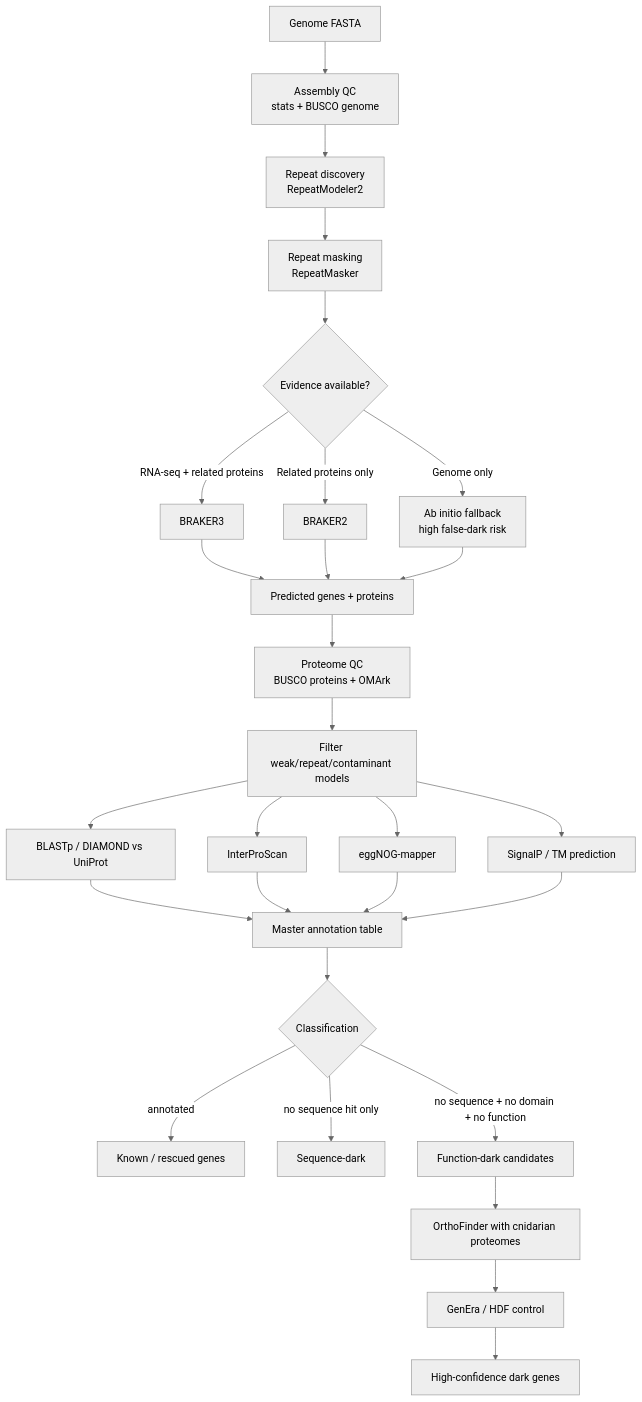
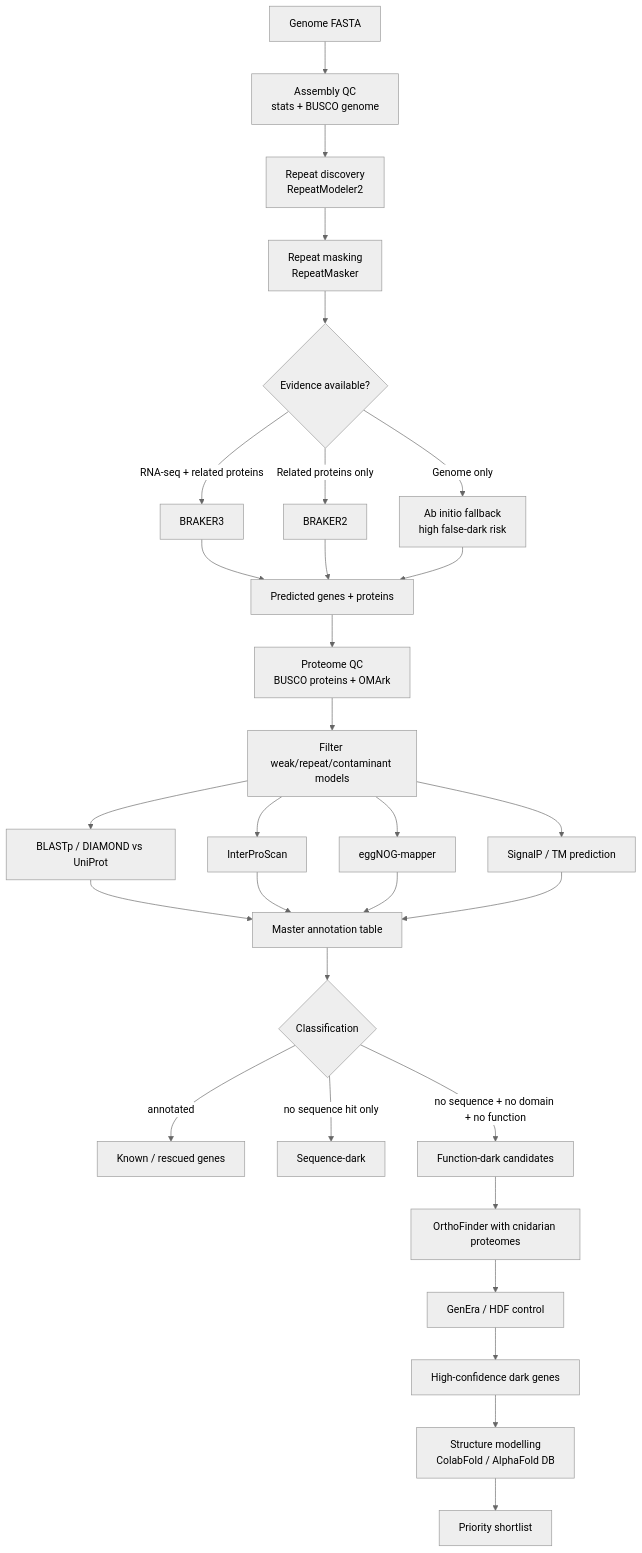
One commit to HamishGWilliams/project_dark_genes changed the diagram in README.md. Above: the diagram before and after it, drawn with Mermaid (neutral theme).

Commit message:
Correct README formatting and add newline
Fix formatting and add missing newline at end of file.

````diff
--- a/README.md
+++ b/README.md
@@ -4,37 +4,40 @@
 ```mermaid
 flowchart TD
     A[Genome FASTA] --> B[Assembly QC<br/>stats + BUSCO genome]
     B --> C[Repeat discovery<br/>RepeatModeler2]
     C --> D[Repeat masking<br/>RepeatMasker]
     D --> E{Evidence available?}
 
     E -->|RNA-seq + related proteins| F[BRAKER3]
     E -->|Related proteins only| G[BRAKER2]
     E -->|Genome only| H[Ab initio fallback<br/>high false-dark risk]
 
     F --> I[Predicted genes + proteins]
     G --> I
     H --> I
 
     I --> J[Proteome QC<br/>BUSCO proteins + OMArk]
     J --> K[Filter weak/repeat/contaminant models]
 
     K --> L[BLASTp / DIAMOND vs UniProt]
     K --> M[InterProScan]
     K --> N[eggNOG-mapper]
     K --> O[SignalP / TM prediction]
 
     L --> P[Master annotation table]
     M --> P
     N --> P
     O --> P
 
     P --> Q{Classification}
     Q -->|annotated| R[Known / rescued genes]
     Q -->|no sequence hit only| S[Sequence-dark]
     Q -->|no sequence + no domain + no function| T[Function-dark candidates]
 
     T --> U[OrthoFinder with cnidarian proteomes]
     U --> V[GenEra / HDF control]
     V --> W[High-confidence dark genes]
+
+    W --> X[Structure modelling<br/>ColabFold / AlphaFold DB]
+    X --> Y[Priority shortlist]
 ```
````
